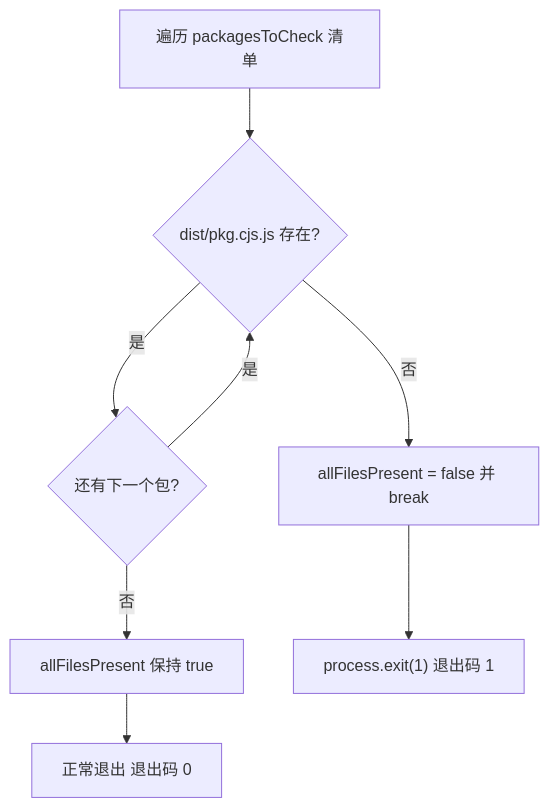
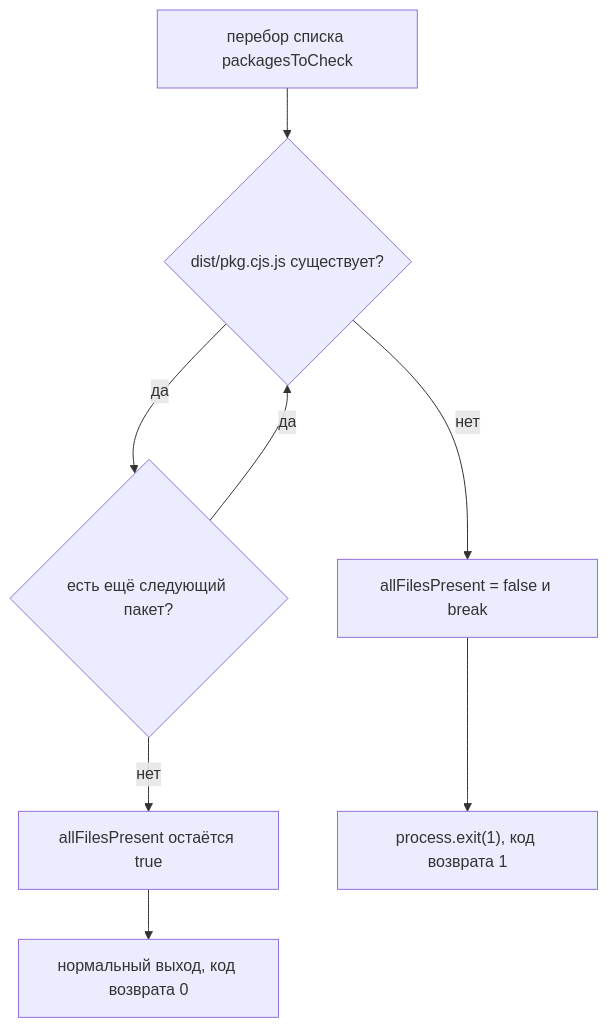
Before and after one commit to maleRjc/AiReadCodeBooks: the second of 3 diagrams in books/vue3/ru/03-dev-scripts-and-sfc.md, drawn with Mermaid. The commit also changed other lines of this file and 74 other files, not shown here.

````diff
--- a/books/vue3/ru/03-dev-scripts-and-sfc.md
+++ b/books/vue3/ru/03-dev-scripts-and-sfc.md
@@ -103,10 +103,10 @@
 ```mermaid
 flowchart TD
-    start["遍历 packagesToCheck 清单"] --> check{"dist/pkg.cjs.js 存在?"}
-    check -->|是| next{"还有下一个包?"}
-    next -->|是| check
-    next -->|否| ok["allFilesPresent 保持 true"]
-    check -->|否| fail["allFilesPresent = false 并 break"]
-    ok --> exit0["正常退出 退出码 0"]
-    fail --> exit1["process.exit(1) 退出码 1"]
+    start["перебор списка packagesToCheck"] --> check{"dist/pkg.cjs.js существует?"}
+    check -->|да| next{"есть ещё следующий пакет?"}
+    next -->|да| check
+    next -->|нет| ok["allFilesPresent остаётся true"]
+    check -->|нет| fail["allFilesPresent = false и break"]
+    ok --> exit0["нормальный выход, код возврата 0"]
+    fail --> exit1["process.exit(1), код возврата 1"]
 ```
````
